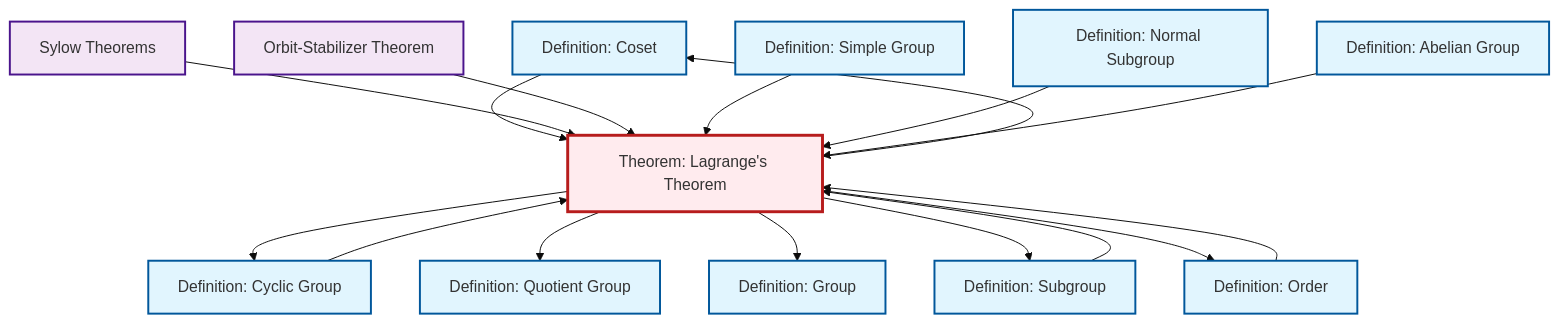
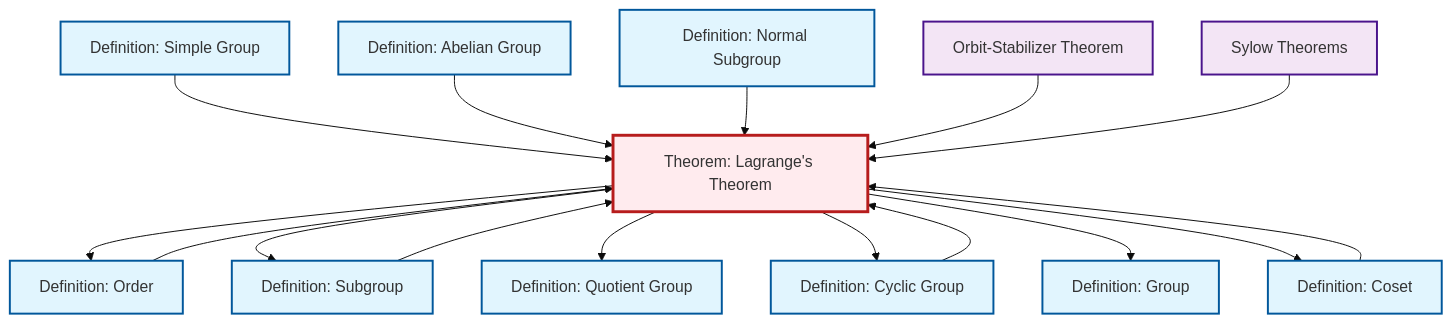
Before and after one commit to RK0429/ModernMath: the diagram in content/en/algebra/thm-lagrange.qmd, drawn with Mermaid (base theme). The commit also changed other lines of this file and 1069 other files, not shown here.

````diff
--- a/content/en/algebra/thm-lagrange.qmd
+++ b/content/en/algebra/thm-lagrange.qmd
@@ -52,48 +52,48 @@
 ```{mermaid}
 %%| fig-cap: "Local dependency graph"
 graph TD
     classDef definition fill:#e1f5fe,stroke:#01579b,stroke-width:2px
     classDef theorem fill:#f3e5f5,stroke:#4a148c,stroke-width:2px
     classDef axiom fill:#fff3e0,stroke:#e65100,stroke-width:2px
     classDef example fill:#e8f5e9,stroke:#1b5e20,stroke-width:2px
     classDef current fill:#ffebee,stroke:#b71c1c,stroke-width:3px
+    thm-lagrange["Theorem: Lagrange's Theorem"]:::theorem
+    def-cyclic-group["Definition: Cyclic Group"]:::definition
+    thm-orbit-stabilizer["Orbit-Stabilizer Theorem"]:::theorem
+    def-normal-subgroup["Definition: Normal Subgroup"]:::definition
+    thm-sylow["Sylow Theorems"]:::theorem
+    def-order["Definition: Order"]:::definition
+    def-subgroup["Definition: Subgroup"]:::definition
+    def-quotient-group["Definition: Quotient Group"]:::definition
+    def-abelian-group["Definition: Abelian Group"]:::definition
     def-coset["Definition: Coset"]:::definition
-    def-cyclic-group["Definition: Cyclic Group"]:::definition
     def-simple-group["Definition: Simple Group"]:::definition
     def-group["Definition: Group"]:::definition
-    thm-sylow["Sylow Theorems"]:::theorem
-    def-order["Definition: Order"]:::definition
-    thm-lagrange["Theorem: Lagrange's Theorem"]:::theorem
-    def-quotient-group["Definition: Quotient Group"]:::definition
-    def-subgroup["Definition: Subgroup"]:::definition
-    thm-orbit-stabilizer["Orbit-Stabilizer Theorem"]:::theorem
-    def-normal-subgroup["Definition: Normal Subgroup"]:::definition
-    def-abelian-group["Definition: Abelian Group"]:::definition
+    def-cyclic-group --> thm-lagrange
+    thm-lagrange --> def-order
+    thm-lagrange --> def-subgroup
+    def-simple-group --> thm-lagrange
     def-coset --> thm-lagrange
+    def-abelian-group --> thm-lagrange
+    def-normal-subgroup --> thm-lagrange
+    def-order --> thm-lagrange
+    thm-lagrange --> def-quotient-group
+    thm-lagrange --> def-cyclic-group
+    thm-lagrange --> def-group
+    thm-orbit-stabilizer --> thm-lagrange
+    thm-sylow --> thm-lagrange
+    def-subgroup --> thm-lagrange
     thm-lagrange --> def-coset
-    thm-sylow --> thm-lagrange
-    thm-lagrange --> def-cyclic-group
-    thm-orbit-stabilizer --> thm-lagrange
-    thm-lagrange --> def-quotient-group
-    def-simple-group --> thm-lagrange
-    def-normal-subgroup --> thm-lagrange
-    thm-lagrange --> def-group
-    thm-lagrange --> def-subgroup
-    def-order --> thm-lagrange
-    def-cyclic-group --> thm-lagrange
-    def-abelian-group --> thm-lagrange
-    thm-lagrange --> def-order
-    def-subgroup --> thm-lagrange
     class thm-lagrange current
+    click def-cyclic-group "def-cyclic-group.html" "Go to Cyclic Group definition"
+    click thm-orbit-stabilizer "thm-orbit-stabilizer.html" "Go to Orbit-Stabilizer Theorem"
+    click def-normal-subgroup "def-normal-subgroup.html" "Go to Normal Subgroup definition"
+    click thm-sylow "thm-sylow.html" "Go to Sylow Theorems"
+    click def-order "def-order.html" "Go to Order definition"
+    click def-subgroup "def-subgroup.html" "Go to Subgroup definition"
+    click def-quotient-group "def-quotient-group.html" "Go to Quotient Group definition"
+    click def-abelian-group "def-abelian-group.html" "Go to Abelian Group definition"
     click def-coset "def-coset.html" "Go to Coset definition"
-    click def-cyclic-group "def-cyclic-group.html" "Go to Cyclic Group definition"
     click def-simple-group "def-simple-group.html" "Go to Simple Group definition"
     click def-group "def-group.html" "Go to Group definition"
-    click thm-sylow "thm-sylow.html" "Go to Sylow Theorems"
-    click def-order "def-order.html" "Go to Order definition"
-    click def-quotient-group "def-quotient-group.html" "Go to Quotient Group definition"
-    click def-subgroup "def-subgroup.html" "Go to Subgroup definition"
-    click thm-orbit-stabilizer "thm-orbit-stabilizer.html" "Go to Orbit-Stabilizer Theorem"
-    click def-normal-subgroup "def-normal-subgroup.html" "Go to Normal Subgroup definition"
-    click def-abelian-group "def-abelian-group.html" "Go to Abelian Group definition"
 ```
````
